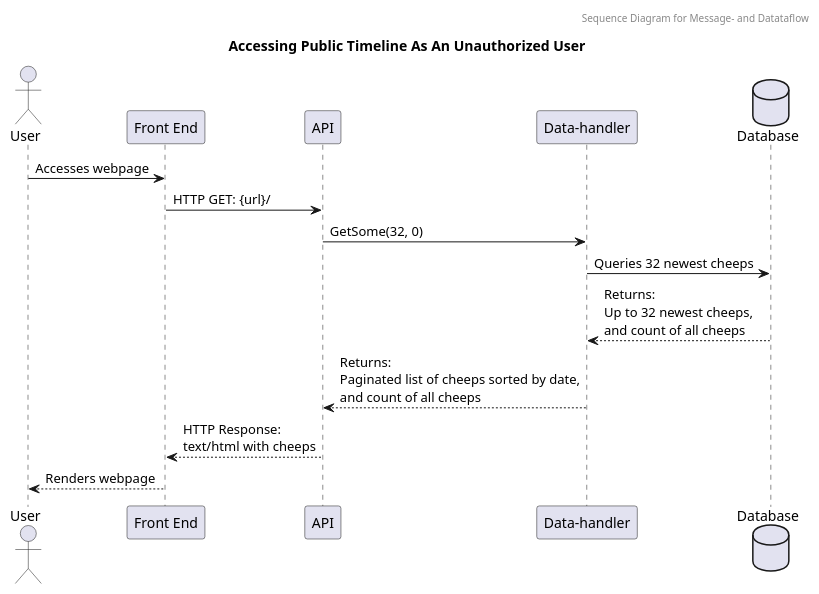
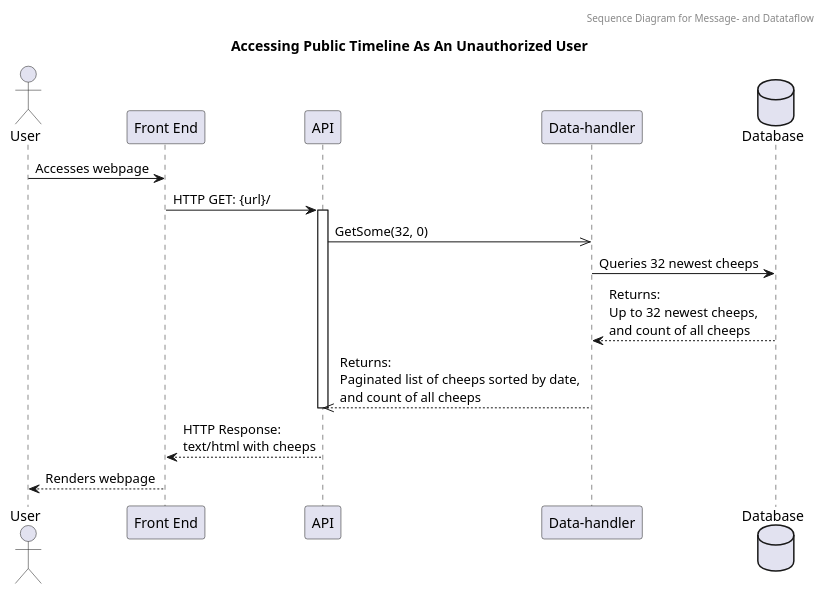
The diagram in docs/report_diagrams/UML_sequence_diagrams/msg_data_flow_seq_diagrams/publictimeline_unauthorised_UML_seq.puml (ITU-BDSA23-GROUP10/Chirp), drawn with PlantUML before and after one commit.

Commit message:
Added async markers and lifeline.

```diff
--- a/docs/report_diagrams/UML_sequence_diagrams/msg_data_flow_seq_diagrams/publictimeline_unauthorised_UML_seq.puml
+++ b/docs/report_diagrams/UML_sequence_diagrams/msg_data_flow_seq_diagrams/publictimeline_unauthorised_UML_seq.puml
@@ -1,20 +1,22 @@
 @startuml
 
 header Sequence Diagram for Message- and Datataflow
 Title Accessing Public Timeline As An Unauthorized User
 
 actor "User" as Us
 participant "Front End" as Fe
 participant "API" as Api
 participant "Data-handler" as Dh
 database "Database" as Db 
 
 Us -> Fe: Accesses webpage
 Fe -> Api: HTTP GET: {url}/
-Api -> Dh: GetSome(32, 0)
+Activate Api 
+Api ->> Dh: GetSome(32, 0)
 Dh -> Db: Queries 32 newest cheeps
-Return Returns:\nUp to 32 newest cheeps,\nand count of all cheeps
-Dh --> Api: Returns:\nPaginated list of cheeps sorted by date,\nand count of all cheeps
+Db --> Dh: Returns:\nUp to 32 newest cheeps,\nand count of all cheeps
+Dh -->> Api: Returns:\nPaginated list of cheeps sorted by date,\nand count of all cheeps
+Deactivate Api
 Api --> Fe: HTTP Response:\ntext/html with cheeps
 Fe --> Us: Renders webpage
 @enduml
```
